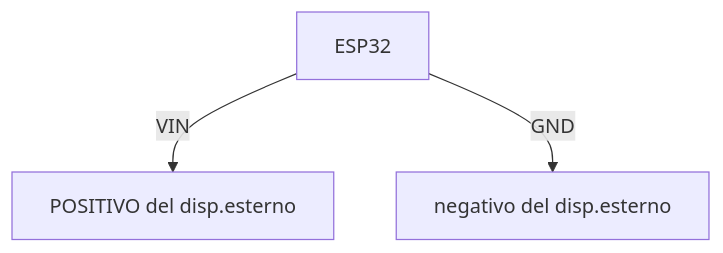
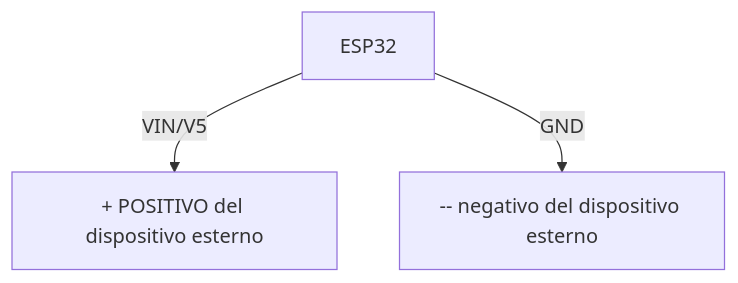
Before and after one commit to sebadima/www.robotdazero.it-doks: the diagram in content/it/blog/107/index.md, drawn with Mermaid. The commit also changed other lines of this file, not shown here.

```diff
--- a/content/it/blog/107/index.md
+++ b/content/it/blog/107/index.md
@@ -53,5 +56,5 @@
 {{< mermaid class="bg-light text-center" >}}
 graph TD
-  ESP32 -->|VIN| D[POSITIVO del disp.esterno]
-  ESP32 -->|GND| E[negativo del disp.esterno]
+  ESP32 -->|VIN/V5| D[+ POSITIVO del dispositivo esterno]
+  ESP32 -->|GND| E[-- negativo del dispositivo esterno]
 {{< /mermaid >}}
```
